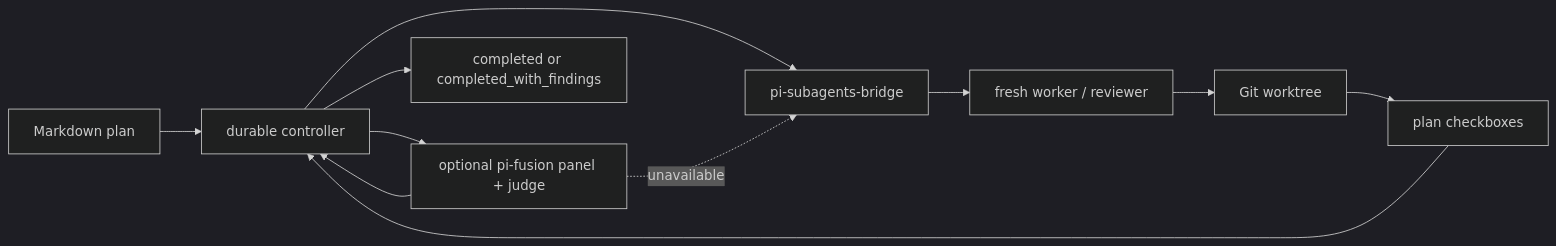
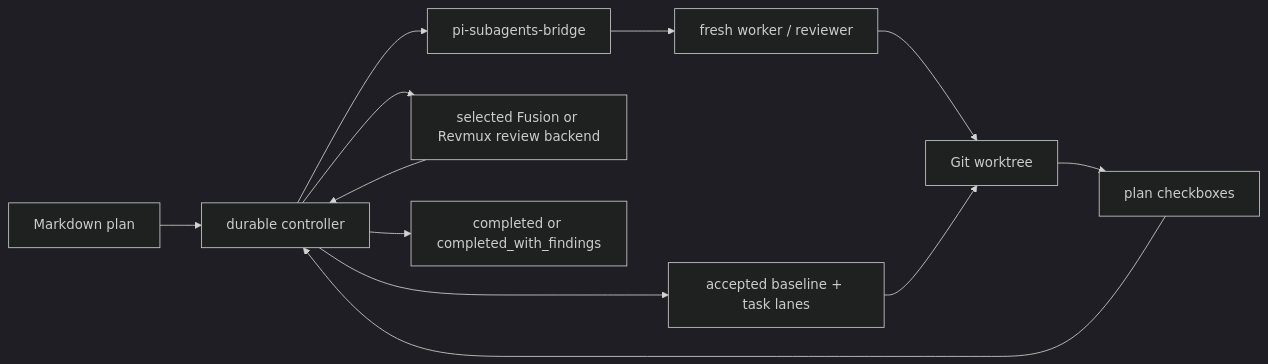
Before and after one commit to alexei-led/pi-plan-exec: the diagram in README.md, drawn with Mermaid (dark theme). The commit also changed other lines of this file and 6 other files, not shown here.

````diff
--- a/README.md
+++ b/README.md
@@ -138,13 +169,14 @@
 ```mermaid
 flowchart LR
     plan["Markdown plan"] --> controller["durable controller"]
     controller --> bridge["pi-subagents-bridge"]
     bridge --> worker["fresh worker / reviewer"]
     worker --> worktree["Git worktree"]
     worktree --> checks["plan checkboxes"]
     checks --> controller
-    controller --> fusion["optional pi-fusion panel + judge"]
-    fusion -. unavailable .-> bridge
+    controller --> lanes["accepted baseline + task lanes"]
+    lanes --> worktree
+    controller --> fusion["selected Fusion or Revmux review backend"]
     fusion --> controller
     controller --> result["completed or completed_with_findings"]
 ```
````
